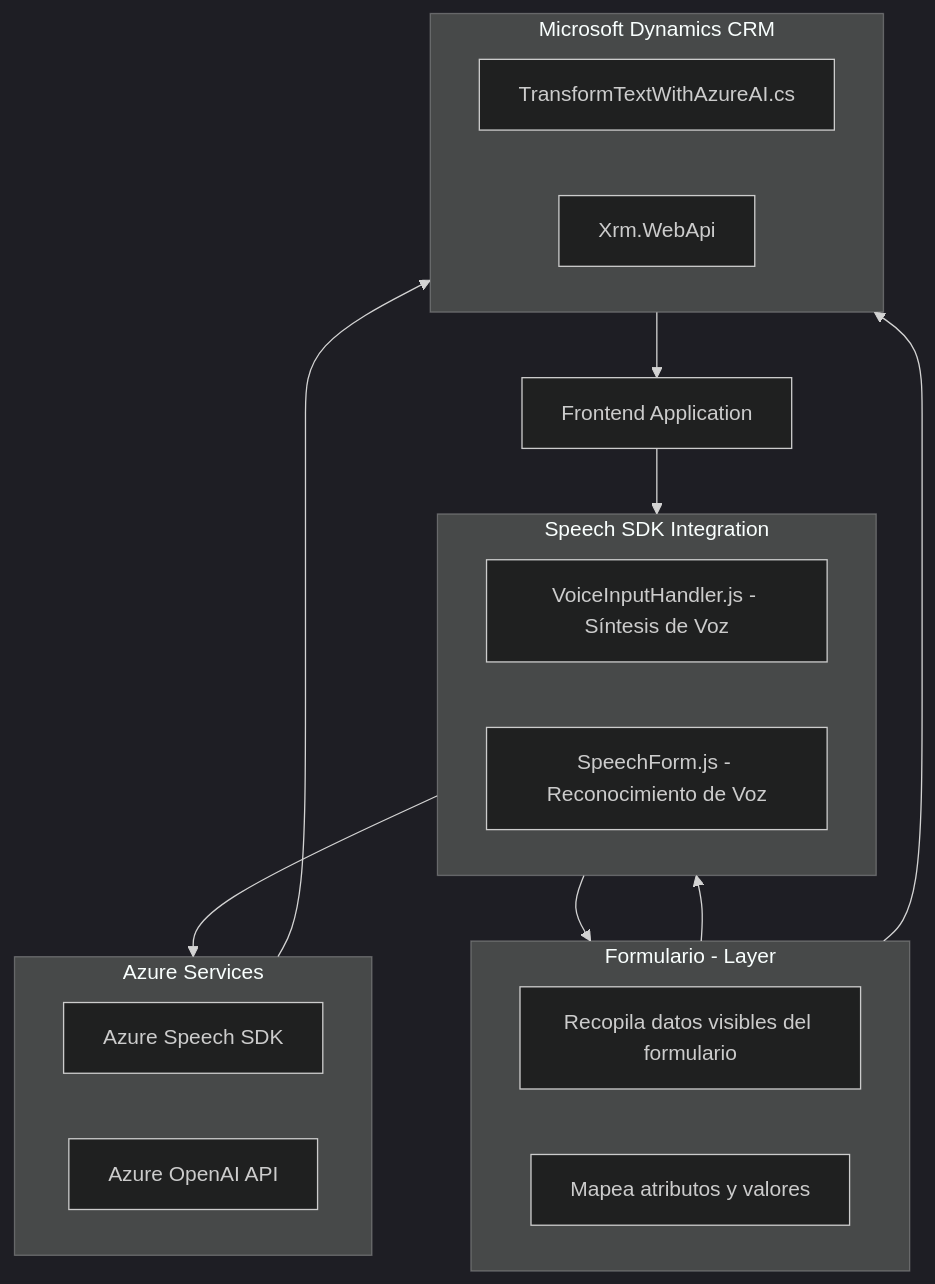
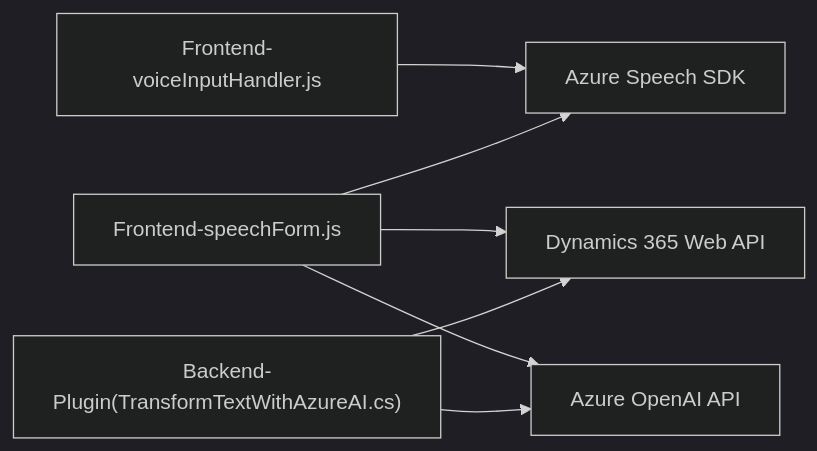
Before and after one commit to blopezdm/NETCORE_BILBAO2025: the diagram in README.md, drawn with Mermaid (dark theme). The commit also changed other lines of this file, not shown here.

````diff
--- a/README.md
+++ b/README.md
@@ -34,32 +48,16 @@
 ```mermaid
-graph TD
-    A["Frontend Application"]
+graph LR
+    A["Frontend-voiceInputHandler.js"]
+    B["Frontend-speechForm.js"]
+    C["Backend-Plugin(TransformTextWithAzureAI.cs)"]
+    D["Azure Speech SDK"]
+    E["Azure OpenAI API"]
+    F["Dynamics 365 Web API"]
 
-    subgraph B["Speech SDK Integration"]
-        B1["VoiceInputHandler.js - Síntesis de Voz"]
-        B2["SpeechForm.js - Reconocimiento de Voz"]
-    end
-
-    subgraph C["Formulario - Layer"]
-        C1["Recopila datos visibles del formulario"]
-        C2["Mapea atributos y valores"]
-    end
-
-    subgraph D["Azure Services"]
-        D1["Azure Speech SDK"]
-        D2["Azure OpenAI API"]
-    end
-
-    subgraph E["Microsoft Dynamics CRM"]
-        E1["TransformTextWithAzureAI.cs"]
-        E2["Xrm.WebApi"]
-    end
-
-    A --> B
+    A --> D
     B --> D
-    C --> B
-    B --> C
-    D --> E
+    B --> F
+    B --> E
     C --> E
-    E --> A
+    C --> F
 ```
````
